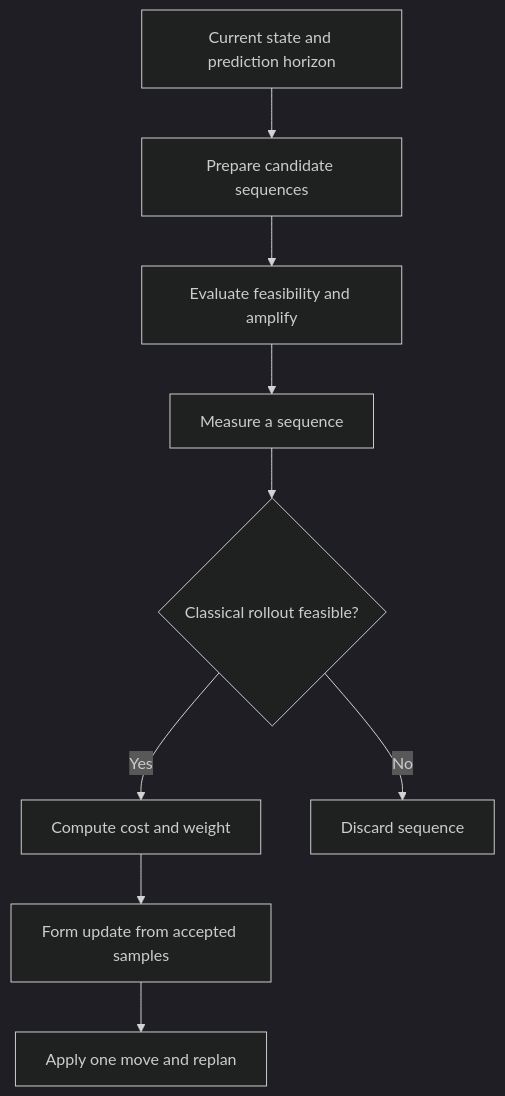
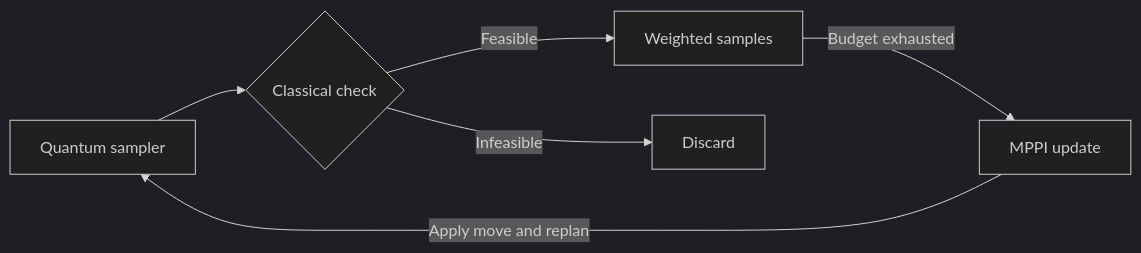
One commit to das-goutam/quantum_mppi_demo changed the diagram in README.md. Above: the diagram before and after it, drawn with Mermaid (dark theme). The commit also changed other lines of this file, not shown here.

Commit message:
Improved the flowchart

````diff
--- a/README.md
+++ b/README.md
@@ -21,11 +21,8 @@
 ```mermaid
-flowchart TD
-    A["Current state and prediction horizon"] --> B["Prepare candidate sequences"]
-    B --> C["Evaluate feasibility and amplify"]
-    C --> D["Measure a sequence"]
-    D --> E{"Classical rollout feasible?"}
-    E -- Yes --> F["Compute cost and weight"]
-    E -- No --> G["Discard sequence"]
-    F --> H["Form update from accepted samples"]
-    H --> I["Apply one move and replan"]
+flowchart LR
+    Q["Quantum sampler"] --> V{"Classical check"}
+    V -- Feasible --> W["Weighted samples"]
+    V -- Infeasible --> D["Discard"]
+    W -- Budget exhausted --> U["MPPI update"]
+    U -- Apply move and replan --> Q
 ```
````
